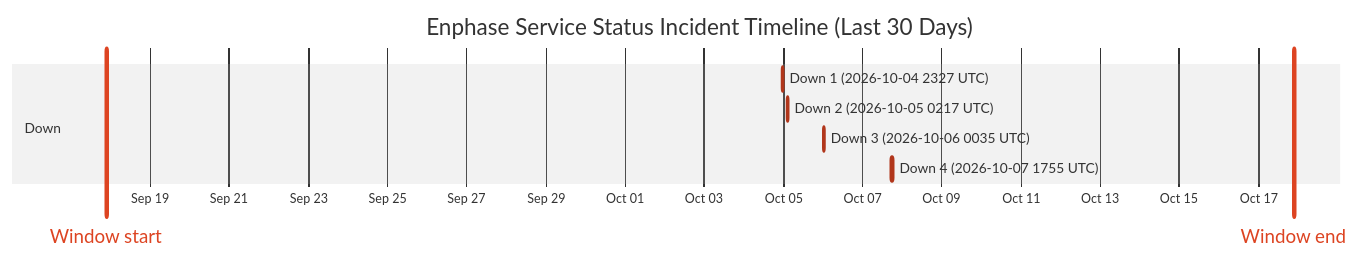
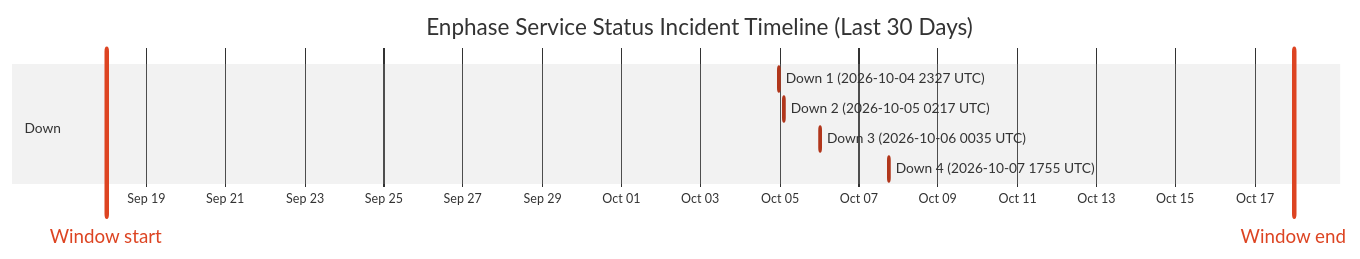
Before and after one commit to barneyonline/ha-enphase-energy: the diagram in wiki/Service-Status-History.md, drawn with Mermaid (neutral theme). The commit also changed other lines of this file and 3 other files, not shown here.

````diff
--- a/wiki/Service-Status-History.md
+++ b/wiki/Service-Status-History.md
@@ -14,13 +14,13 @@
 ```mermaid
 gantt
     title Enphase Service Status Incident Timeline (Last 30 Days)
     dateFormat  YYYY-MM-DDTHH:mm:ss
     axisFormat  %b %d
-    Window start :vert, window-start, 2026-09-17T21:35:17, 0ms
-    Window end :vert, window-end, 2026-10-17T21:35:17, 0ms
+    Window start :vert, window-start, 2026-09-17T23:44:49, 0ms
+    Window end :vert, window-end, 2026-10-17T23:44:49, 0ms
     section Down
     Down 1 (2026-10-04 2327 UTC) :crit, down-1, 2026-10-04T23:27:34, 60m
     Down 2 (2026-10-05 0217 UTC) :crit, down-2, 2026-10-05T02:17:30, 60m
     Down 3 (2026-10-06 0035 UTC) :crit, down-3, 2026-10-06T00:35:21, 60m
     Down 4 (2026-10-07 1755 UTC) :crit, down-4, 2026-10-07T17:55:16, 60m
 ```
````
